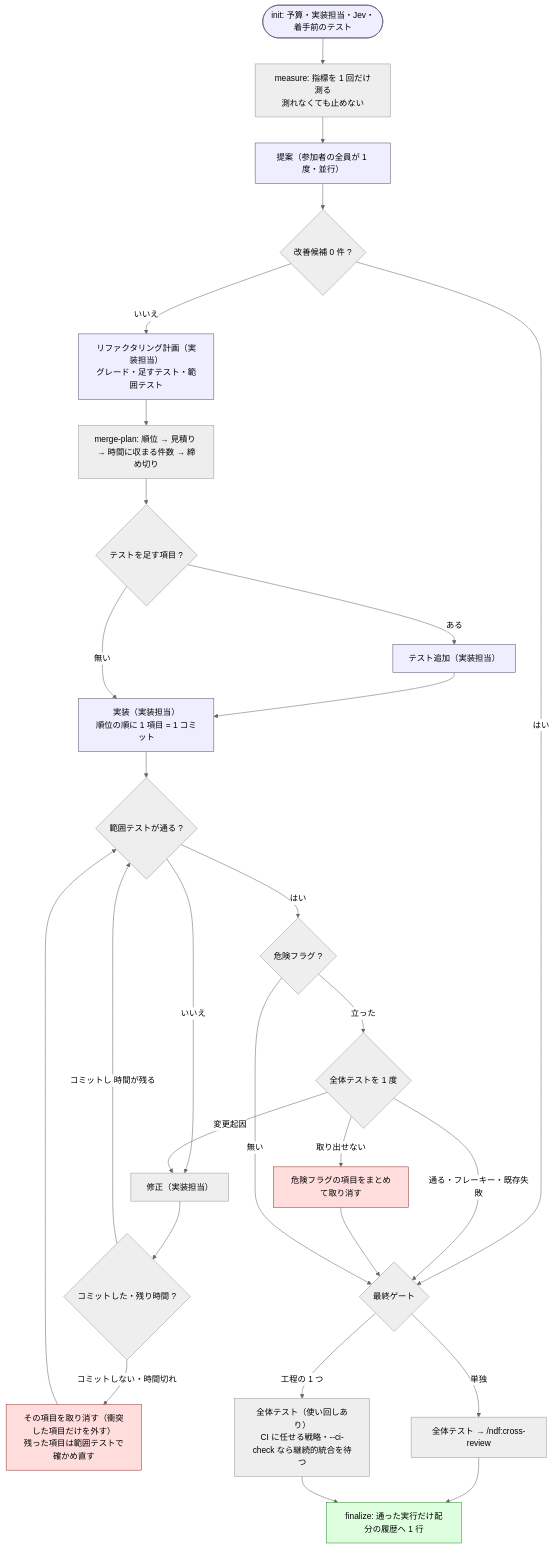
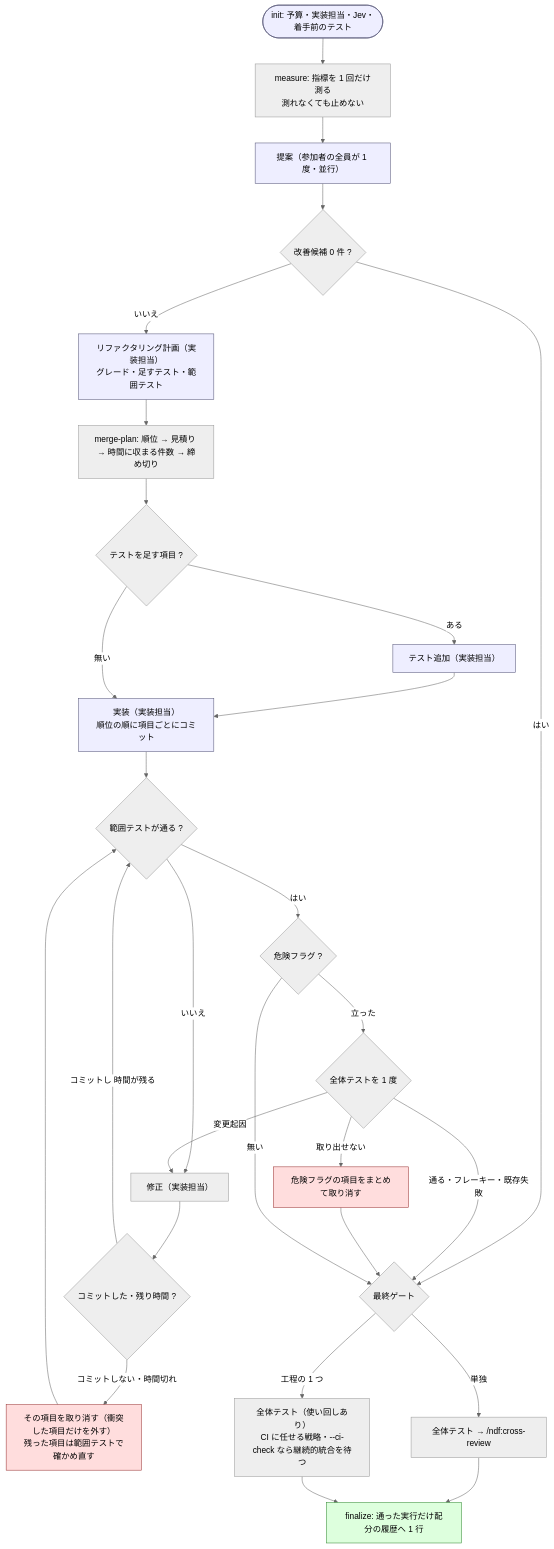
Before and after one commit to devbasex/ai-plugins: the diagram in plugins/ndf/skills/cross-refactoring/SKILL.md, drawn with Mermaid (neutral theme). The commit also changed other lines of this file and 16 other files, not shown here.

````diff
--- a/plugins/ndf/skills/cross-refactoring/SKILL.md
+++ b/plugins/ndf/skills/cross-refactoring/SKILL.md
@@ -177,30 +179,30 @@
 ```mermaid
 flowchart TD
     Init([init: 予算・実装担当・Jev・着手前のテスト]):::phase --> M
     M["measure: 指標を 1 回だけ測る<br/>測れなくても止めない"] --> P
     P["提案（参加者の全員が 1 度・並行）"]:::phase --> MP{"改善候補 0 件 ?"}
     MP -->|はい| Gate
     MP -->|いいえ| Plan["リファクタリング計画（実装担当）<br/>グレード・足すテスト・範囲テスト"]:::phase
     Plan --> Sel["merge-plan: 順位 → 見積り → 時間に収まる件数 → 締め切り"]
     Sel --> T{"テストを足す項目 ?"}
     T -->|ある| AT["テスト追加（実装担当）"]:::phase --> Impl
-    T -->|無い| Impl["実装（実装担当）<br/>順位の順に 1 項目 = 1 コミット"]:::phase
+    T -->|無い| Impl["実装（実装担当）<br/>順位の順に項目ごとにコミット"]:::phase
     Impl --> V{"範囲テストが通る ?"}
     V -->|いいえ| Fix["修正（実装担当）"] --> Cap{"コミットした・残り時間 ?"}
     Cap -->|コミットし 時間が残る| V
     Cap -->|コミットしない・時間切れ| Drop["その項目を取り消す（衝突した項目だけを外す）<br/>残った項目は範囲テストで確かめ直す"]:::stop --> V
     V -->|はい| D{"危険フラグ ?"}
     D -->|立った| W{"全体テストを 1 度"}
     W -->|通る・フレーキー・既存失敗| Gate
     W -->|変更起因| Fix
     W -->|取り出せない| DropAll["危険フラグの項目をまとめて取り消す"]:::stop --> Gate
     D -->|無い| Gate{"最終ゲート"}
     Gate -->|単独| CR["全体テスト → /ndf:cross-review"]
     Gate -->|工程の 1 つ| Whole["全体テスト（使い回しあり）<br/>CI に任せる戦略・--ci-check なら継続的統合を待つ"]
     CR --> Fin["finalize: 通った実行だけ配分の履歴へ 1 行"]:::ok
     Whole --> Fin
 
     classDef phase fill:#eef,stroke:#557
     classDef ok fill:#dfd,stroke:#383
     classDef stop fill:#fdd,stroke:#933
 ```
````
